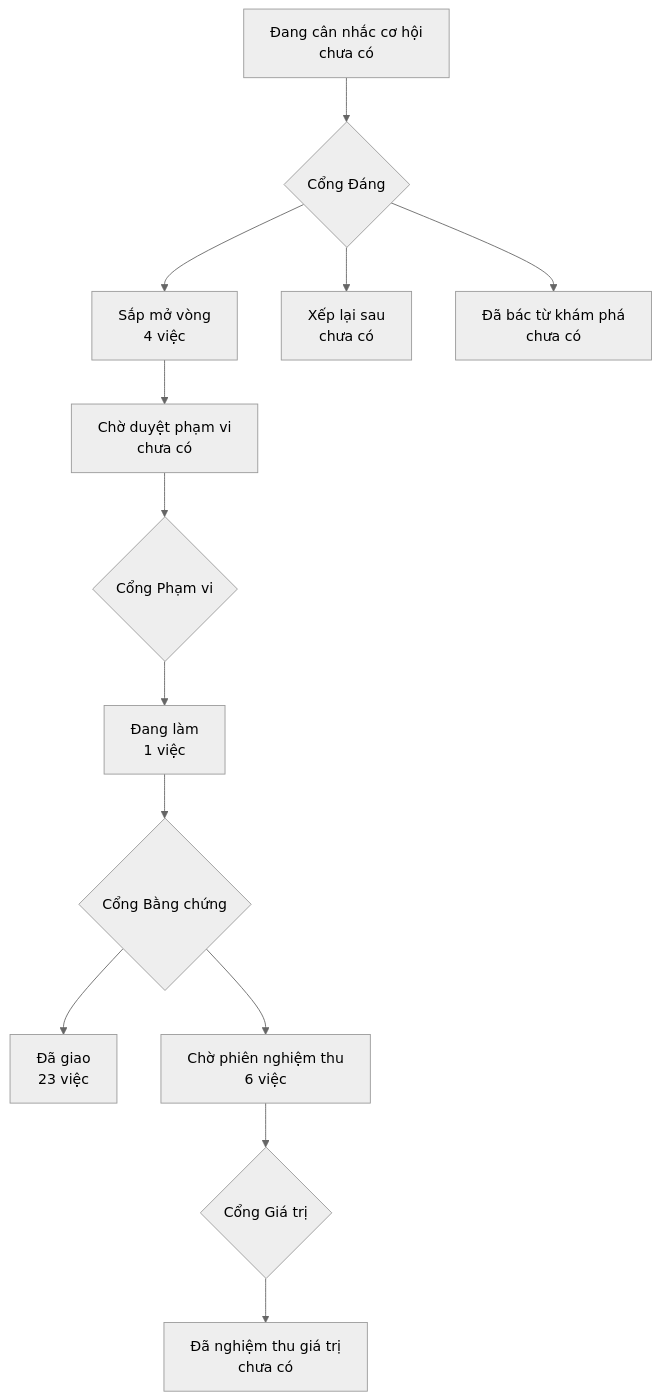
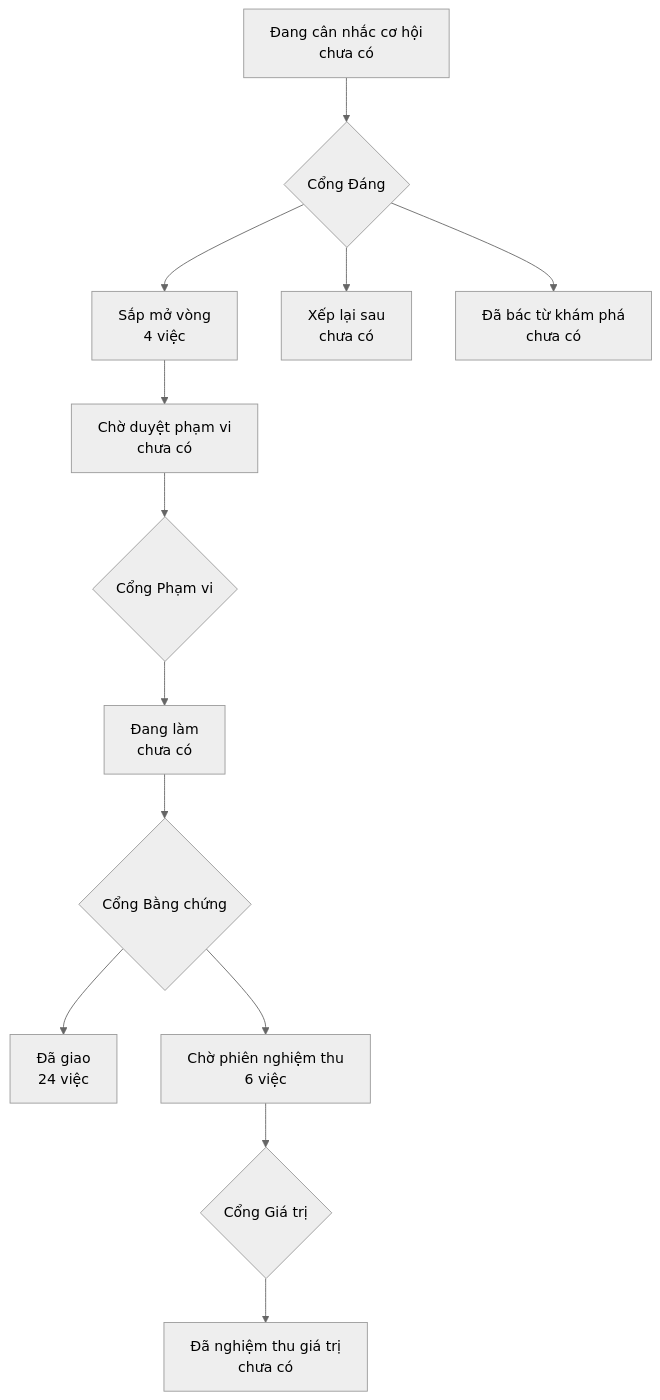
Before and after one commit to phanlemanh/onehub-invest: the diagram in PRODUCT-MAP.md, drawn with Mermaid (neutral theme). The commit also changed other lines of this file and 4 other files, not shown here.

````diff
--- a/PRODUCT-MAP.md
+++ b/PRODUCT-MAP.md
@@ -7,12 +7,12 @@
 ```mermaid
 flowchart TD
   A["Đang cân nhắc cơ hội<br/>chưa có"] --> GD{"Cổng Đáng"}
   GD --> B["Sắp mở vòng<br/>4 việc"]
   GD --> XL["Xếp lại sau<br/>chưa có"]
   GD --> DB["Đã bác từ khám phá<br/>chưa có"]
   B --> CD["Chờ duyệt phạm vi<br/>chưa có"] --> GP{"Cổng Phạm vi"}
-  GP --> DL["Đang làm<br/>1 việc"] --> GB{"Cổng Bằng chứng"}
-  GB --> DG["Đã giao<br/>23 việc"]
+  GP --> DL["Đang làm<br/>chưa có"] --> GB{"Cổng Bằng chứng"}
+  GB --> DG["Đã giao<br/>24 việc"]
   GB --> CN["Chờ phiên nghiệm thu<br/>6 việc"] --> GG{"Cổng Giá trị"}
   GG --> NT["Đã nghiệm thu giá trị<br/>chưa có"]
 ```
````
